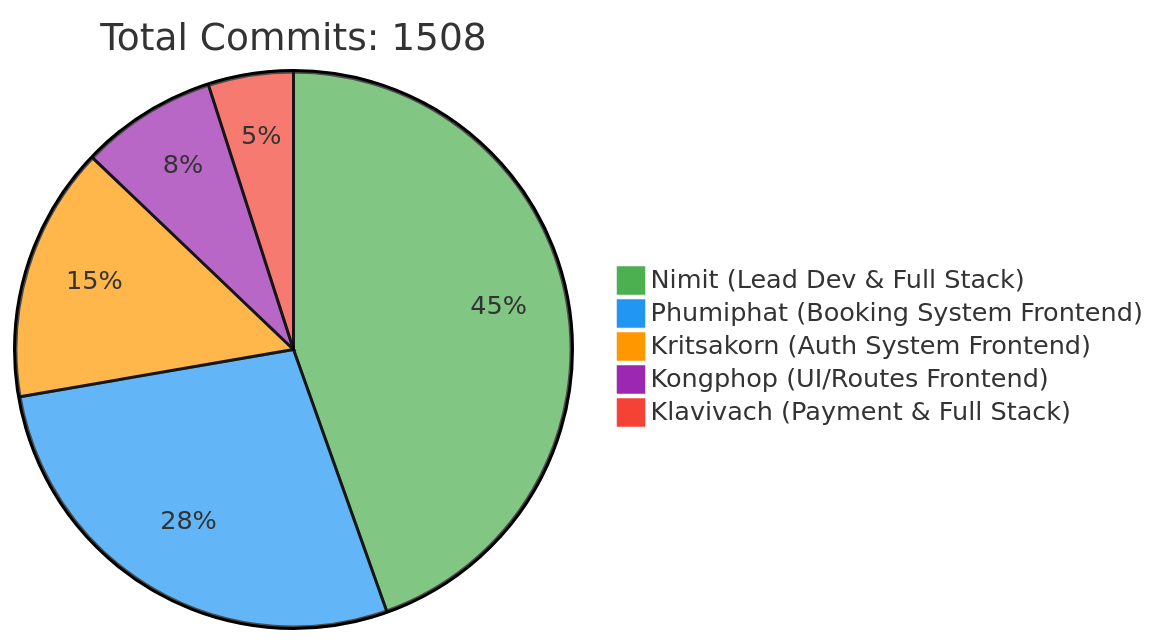
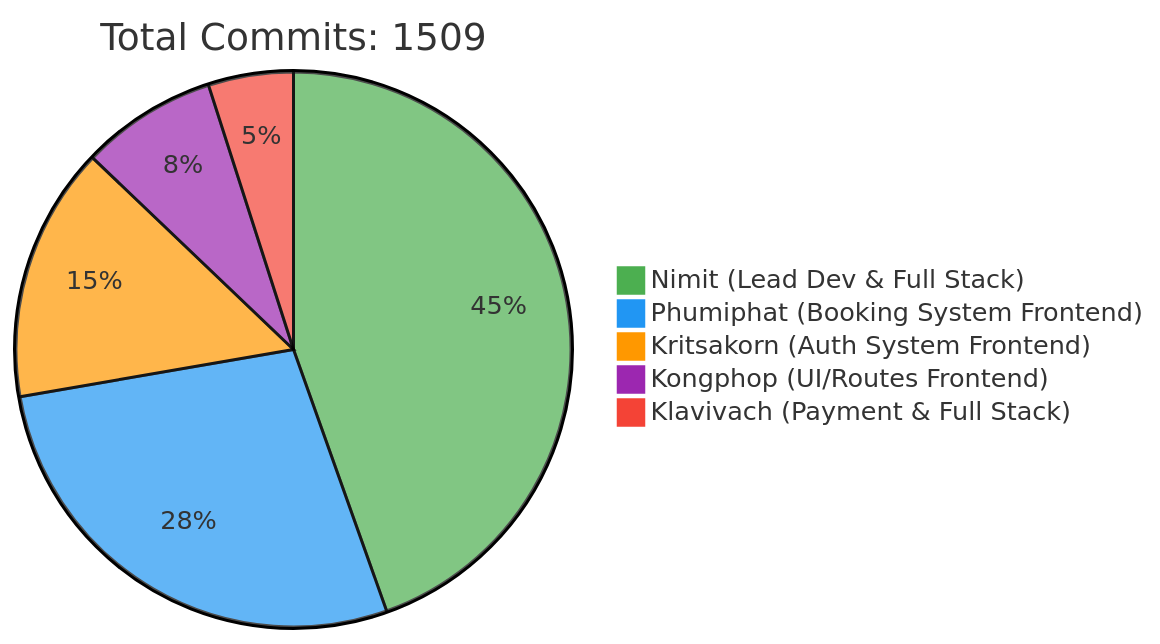
Before and after one commit to 6531503042/Sport-Complex: the first of 2 diagrams in README.md, drawn with Mermaid. The commit also changed other lines of this file, not shown here.

Commit message:
docs: Update contributor statistics [skip ci]

````diff
--- a/README.md
+++ b/README.md
@@ -257,10 +257,10 @@
 ```mermaid
 %%{init: {'theme': 'base', 'themeVariables': { 'pie1': '#4CAF50', 'pie2': '#2196F3', 'pie3': '#FF9800', 'pie4': '#9C27B0', 'pie5': '#F44336'}}}%%
 pie
-    title Total Commits: 1508
+    title Total Commits: 1509
     "Nimit (Lead Dev & Full Stack)" : 450
     "Phumiphat (Booking System Frontend)" : 280
     "Kritsakorn (Auth System Frontend)" : 150
     "Kongphop (UI/Routes Frontend)" : 80
     "Klavivach (Payment & Full Stack)" : 50
 ```
````
